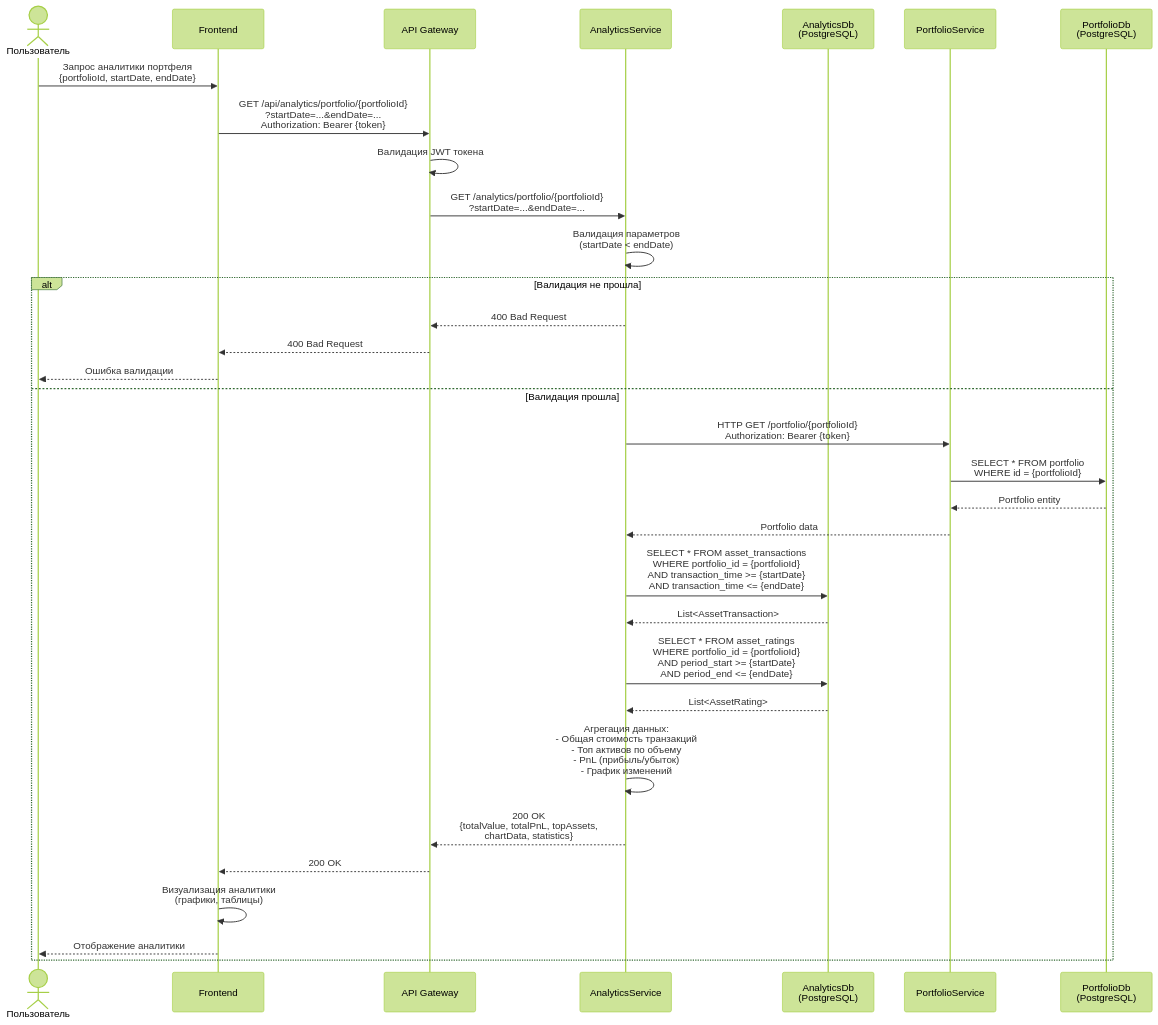
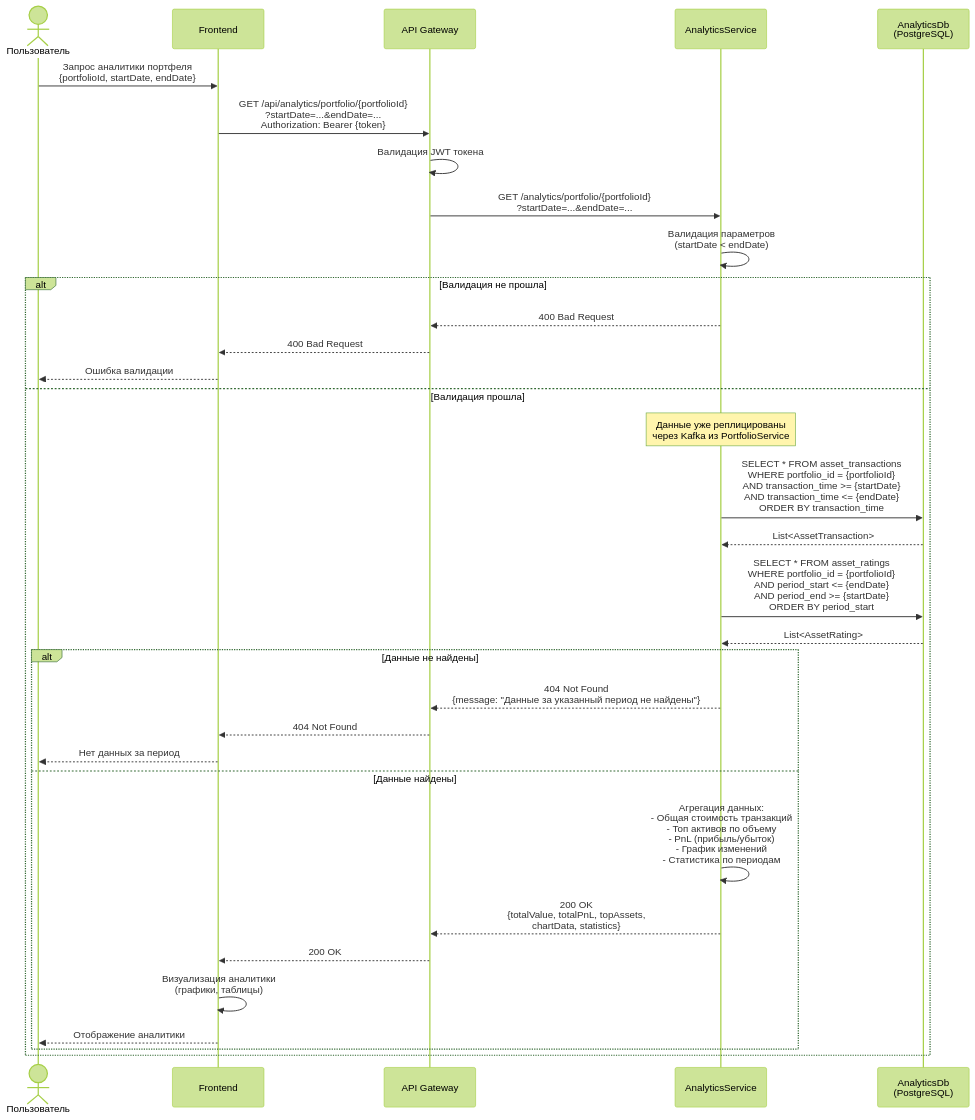
The eighth of 10 diagrams in Presentation/Sequence_Diagrams.mmd (KennyDeew/Stock_Market_Assistant), drawn with Mermaid (forest theme) before and after one commit. The commit also changed other lines of this file and 4 other files, not shown here.

````diff
--- a/Presentation/Sequence_Diagrams.mmd
+++ b/Presentation/Sequence_Diagrams.mmd
@@ -379,42 +395,43 @@
 ```mermaid
 sequenceDiagram
     actor User as Пользователь
     participant Frontend as Frontend
     participant Gateway as API Gateway
     participant AnalyticsService as AnalyticsService
     participant AnalyticsDb as AnalyticsDb<br/>(PostgreSQL)
-    participant PortfolioService as PortfolioService
-    participant PortfolioDb as PortfolioDb<br/>(PostgreSQL)
 
     User->>Frontend: Запрос аналитики портфеля<br/>{portfolioId, startDate, endDate}
     Frontend->>Gateway: GET /api/analytics/portfolio/{portfolioId}<br/>?startDate=...&endDate=...<br/>Authorization: Bearer {token}
 
     Gateway->>Gateway: Валидация JWT токена
     Gateway->>AnalyticsService: GET /analytics/portfolio/{portfolioId}<br/>?startDate=...&endDate=...
 
     AnalyticsService->>AnalyticsService: Валидация параметров<br/>(startDate < endDate)
 
     alt Валидация не прошла
         AnalyticsService-->>Gateway: 400 Bad Request
         Gateway-->>Frontend: 400 Bad Request
         Frontend-->>User: Ошибка валидации
     else Валидация прошла
-        AnalyticsService->>PortfolioService: HTTP GET /portfolio/{portfolioId}<br/>Authorization: Bearer {token}
-        PortfolioService->>PortfolioDb: SELECT * FROM portfolio<br/>WHERE id = {portfolioId}
-        PortfolioDb-->>PortfolioService: Portfolio entity
-        PortfolioService-->>AnalyticsService: Portfolio data
+        Note over AnalyticsService: Данные уже реплицированы<br/>через Kafka из PortfolioService
 
-        AnalyticsService->>AnalyticsDb: SELECT * FROM asset_transactions<br/>WHERE portfolio_id = {portfolioId}<br/>AND transaction_time >= {startDate}<br/>AND transaction_time <= {endDate}
+        AnalyticsService->>AnalyticsDb: SELECT * FROM asset_transactions<br/>WHERE portfolio_id = {portfolioId}<br/>AND transaction_time >= {startDate}<br/>AND transaction_time <= {endDate}<br/>ORDER BY transaction_time
         AnalyticsDb-->>AnalyticsService: List<AssetTransaction>
 
-        AnalyticsService->>AnalyticsDb: SELECT * FROM asset_ratings<br/>WHERE portfolio_id = {portfolioId}<br/>AND period_start >= {startDate}<br/>AND period_end <= {endDate}
+        AnalyticsService->>AnalyticsDb: SELECT * FROM asset_ratings<br/>WHERE portfolio_id = {portfolioId}<br/>AND period_start <= {endDate}<br/>AND period_end >= {startDate}<br/>ORDER BY period_start
         AnalyticsDb-->>AnalyticsService: List<AssetRating>
 
-        AnalyticsService->>AnalyticsService: Агрегация данных:<br/>- Общая стоимость транзакций<br/>- Топ активов по объему<br/>- PnL (прибыль/убыток)<br/>- График изменений
+        alt Данные не найдены
+            AnalyticsService-->>Gateway: 404 Not Found<br/>{message: "Данные за указанный период не найдены"}
+            Gateway-->>Frontend: 404 Not Found
+            Frontend-->>User: Нет данных за период
+        else Данные найдены
+            AnalyticsService->>AnalyticsService: Агрегация данных:<br/>- Общая стоимость транзакций<br/>- Топ активов по объему<br/>- PnL (прибыль/убыток)<br/>- График изменений<br/>- Статистика по периодам
 
-        AnalyticsService-->>Gateway: 200 OK<br/>{totalValue, totalPnL, topAssets,<br/>chartData, statistics}
-        Gateway-->>Frontend: 200 OK
-        Frontend->>Frontend: Визуализация аналитики<br/>(графики, таблицы)
-        Frontend-->>User: Отображение аналитики
+            AnalyticsService-->>Gateway: 200 OK<br/>{totalValue, totalPnL, topAssets,<br/>chartData, statistics}
+            Gateway-->>Frontend: 200 OK
+            Frontend->>Frontend: Визуализация аналитики<br/>(графики, таблицы)
+            Frontend-->>User: Отображение аналитики
+        end
     end
 ```
````
